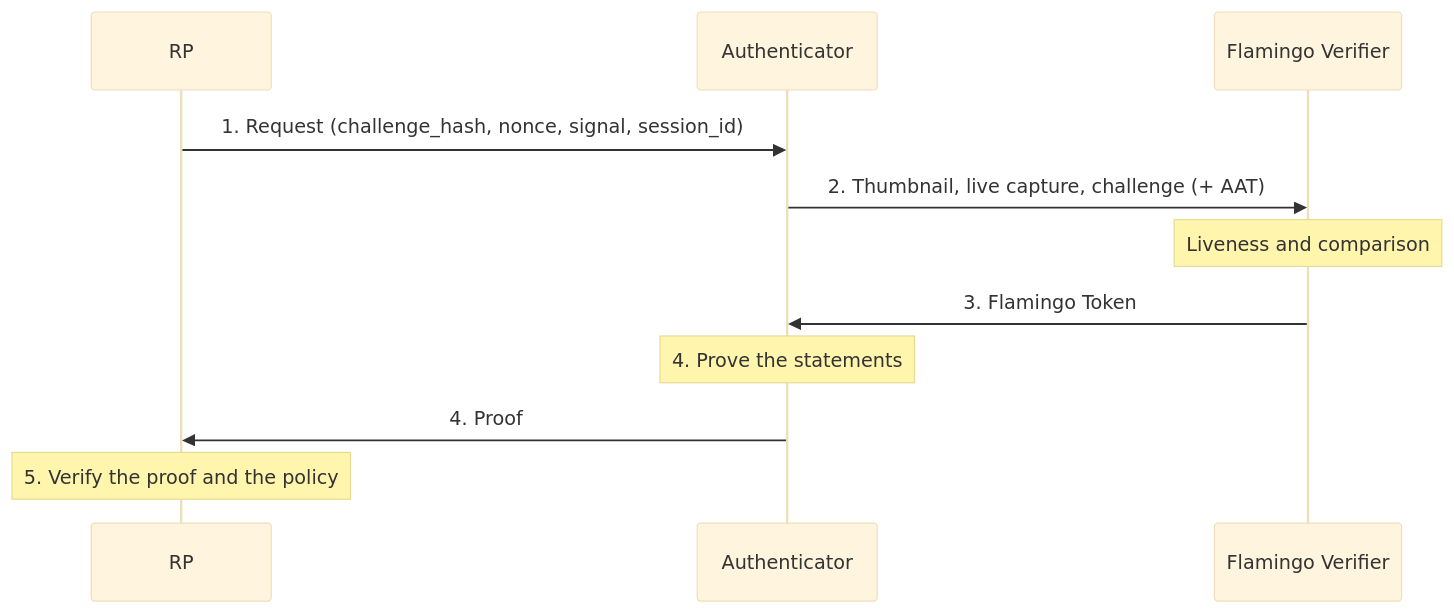
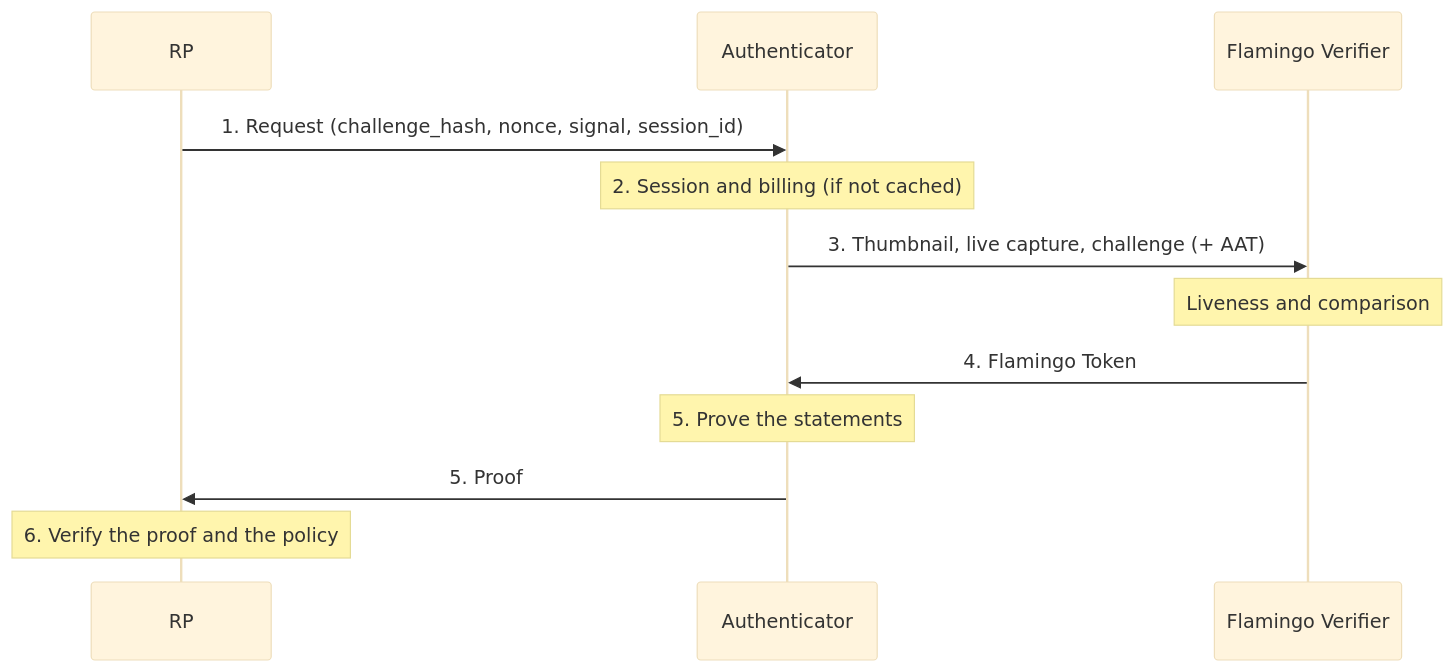
One commit to worldcoin/world-id-protocol changed the diagram in docs/WIPs/wip-202.md. Above: the diagram before and after it, drawn with Mermaid (base theme). The commit also changed other lines of this file and 4 other files, not shown here.

````diff
--- a/docs/WIPs/wip-202.md
+++ b/docs/WIPs/wip-202.md
@@ -68,13 +69,14 @@
 ```mermaid
 sequenceDiagram
   participant RP
   participant A as Authenticator
   participant V as Flamingo Verifier
   RP->>A: 1. Request (challenge_hash, nonce, signal, session_id)
-  A->>V: 2. Thumbnail, live capture, challenge (+ AAT)
+  Note over A: 2. Session and billing (if not cached)
+  A->>V: 3. Thumbnail, live capture, challenge (+ AAT)
   Note over V: Liveness and comparison
-  V->>A: 3. Flamingo Token
-  Note over A: 4. Prove the statements
-  A->>RP: 4. Proof
-  Note over RP: 5. Verify the proof and the policy
+  V->>A: 4. Flamingo Token
+  Note over A: 5. Prove the statements
+  A->>RP: 5. Proof
+  Note over RP: 6. Verify the proof and the policy
 ```
````
